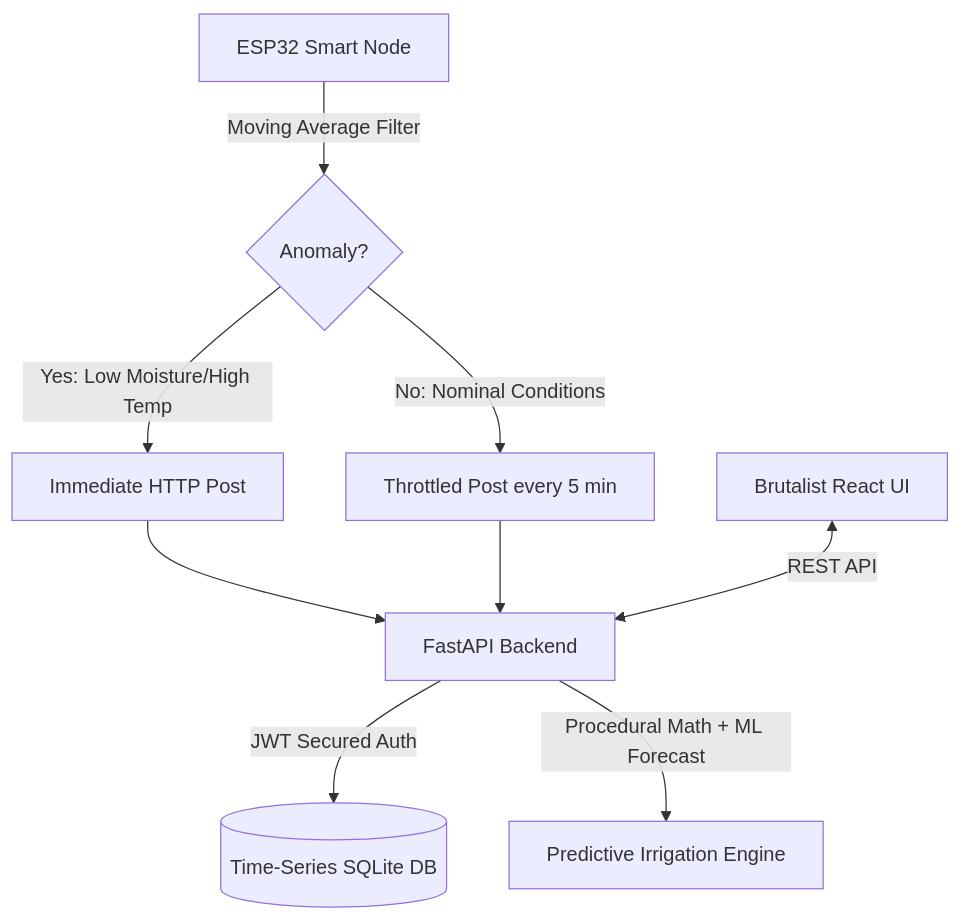
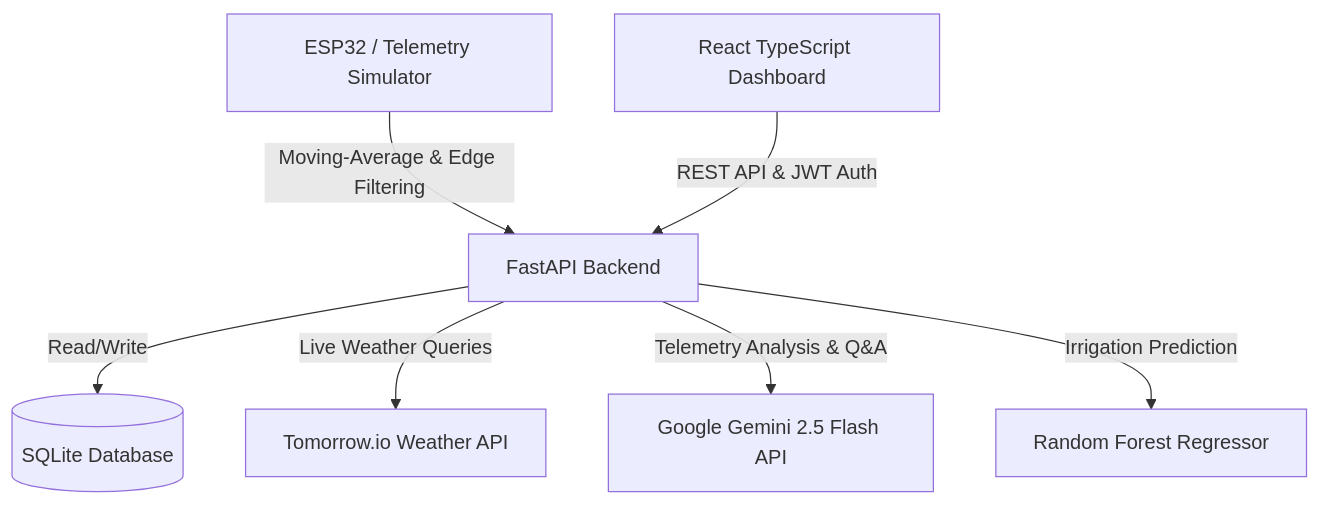
One commit to shokkanuly/Smart-Agri-Monitor-Optimization-System changed the diagram in README.md. Above: the diagram before and after it, drawn with Mermaid. The commit also changed other lines of this file and 5 other files, not shown here.

Commit message:
Integrate Gemini AI Advisor and Tomorrow.io Weather API with env vars, and add README

````diff
--- a/README.md
+++ b/README.md
@@ -19,11 +9,9 @@
 ```mermaid
 graph TD
-    ESP32[ESP32 Smart Node] -->|Moving Average Filter| AnomalyCheck{Anomaly?}
-    AnomalyCheck -->|Yes: Low Moisture/High Temp| Alert[Immediate HTTP Post]
-    AnomalyCheck -->|No: Nominal Conditions| Throttled[Throttled Post every 5 min]
-    Alert --> FastAPI[FastAPI Backend]
-    Throttled --> FastAPI
-    FastAPI -->|JWT Secured Auth| DB[(Time-Series SQLite DB)]
-    FastAPI -->|Procedural Math + ML Forecast| Engine[Predictive Irrigation Engine]
-    Dashboard[Brutalist React UI] <-->|REST API| FastAPI
+    ESP32[ESP32 / Telemetry Simulator] -->|Moving-Average & Edge Filtering| Backend[FastAPI Backend]
+    Backend -->|Read/Write| DB[(SQLite Database)]
+    Backend -->|Live Weather Queries| Tomorrow[Tomorrow.io Weather API]
+    Backend -->|Telemetry Analysis & Q&A| Gemini[Google Gemini 2.5 Flash API]
+    Backend -->|Irrigation Prediction| ML[Random Forest Regressor]
+    Dashboard[React TypeScript Dashboard] -->|REST API & JWT Auth| Backend
 ```
````
